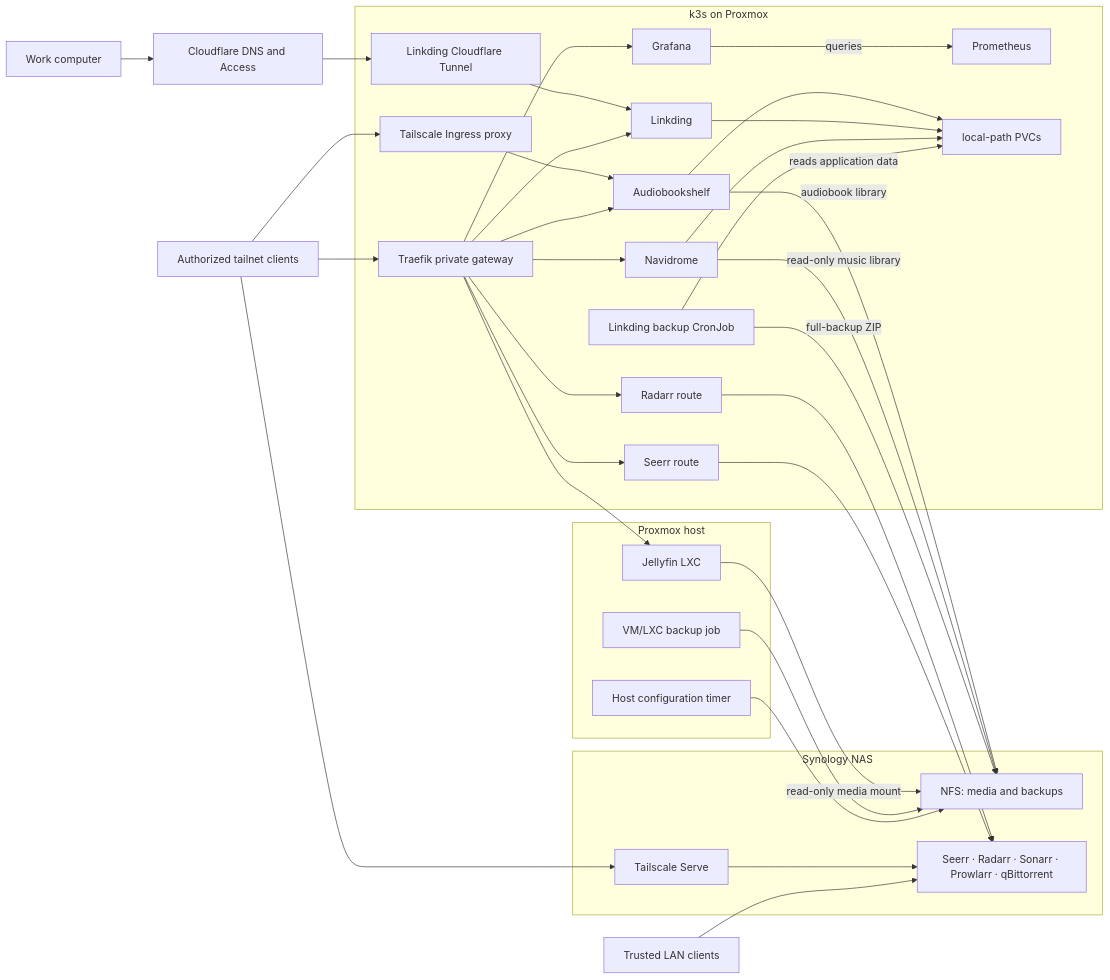
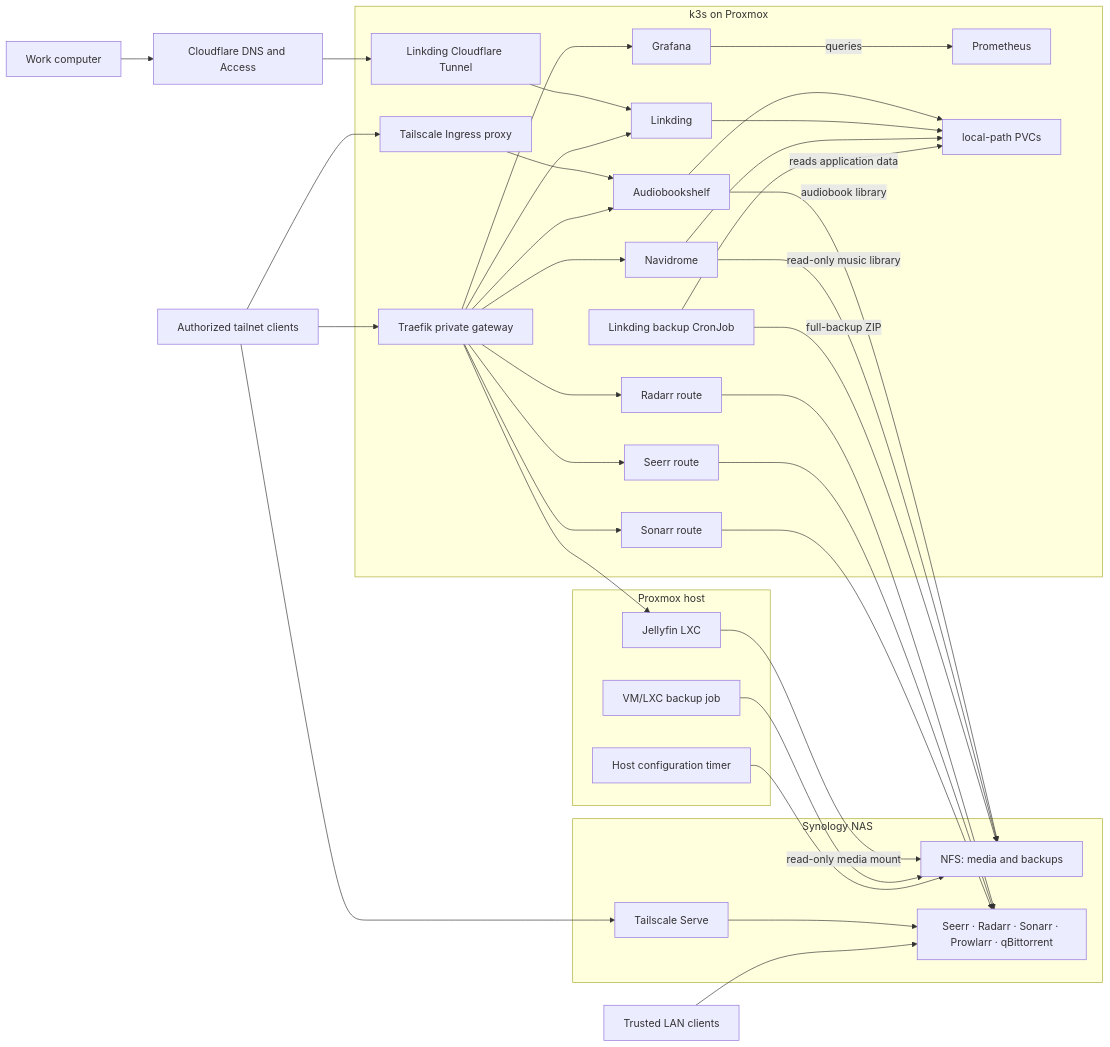
Before and after one commit to vitaly-guzun/homelab: the second of 2 diagrams in README.md, drawn with Mermaid. The commit also changed other lines of this file and 5 other files, not shown here.

````diff
--- a/README.md
+++ b/README.md
@@ -88,59 +89,61 @@
 ```mermaid
 flowchart LR
     WorkComputer["Work computer"]
     Tailnet["Authorized tailnet clients"]
     LAN["Trusted LAN clients"]
     CloudflareAccess["Cloudflare DNS and Access"]
 
     subgraph K3s["k3s on Proxmox"]
         Cloudflared["Linkding Cloudflare Tunnel"]
         TSIngress["Tailscale Ingress proxy"]
         Gateway["Traefik private gateway"]
         Audiobookshelf["Audiobookshelf"]
         Linkding["Linkding"]
         Navidrome["Navidrome"]
         RadarrGateway["Radarr route"]
         SeerrGateway["Seerr route"]
+        SonarrGateway["Sonarr route"]
         Grafana["Grafana"]
         Prometheus["Prometheus"]
         LocalPVC["local-path PVCs"]
         LinkdingBackup["Linkding backup CronJob"]
     end
 
     subgraph Proxmox["Proxmox host"]
         Jellyfin["Jellyfin LXC"]
         GuestBackup["VM/LXC backup job"]
         ConfigBackup["Host configuration timer"]
     end
 
     subgraph NAS["Synology NAS"]
         NFS["NFS: media and backups"]
         Media["Seerr · Radarr · Sonarr · Prowlarr · qBittorrent"]
         TSServe["Tailscale Serve"]
     end
 
     WorkComputer --> CloudflareAccess --> Cloudflared --> Linkding
     Tailnet --> TSIngress
     TSIngress --> Audiobookshelf
     Tailnet --> Gateway
     Gateway --> Audiobookshelf
     Gateway --> Linkding
     Gateway --> Navidrome
     Gateway --> RadarrGateway --> Media
     Gateway --> SeerrGateway --> Media
+    Gateway --> SonarrGateway --> Media
     Gateway --> Grafana
     Gateway --> Jellyfin
     Tailnet --> TSServe --> Media
     LAN --> Media
     Audiobookshelf --> LocalPVC
     Linkding --> LocalPVC
     Navidrome --> LocalPVC
     Audiobookshelf -->|"audiobook library"| NFS
     Navidrome -->|"read-only music library"| NFS
     Grafana -->|"queries"| Prometheus
     Jellyfin -->|"read-only media mount"| NFS
     LinkdingBackup -->|"reads application data"| LocalPVC
     LinkdingBackup -->|"full-backup ZIP"| NFS
     GuestBackup --> NFS
     ConfigBackup --> NFS
 ```
````
